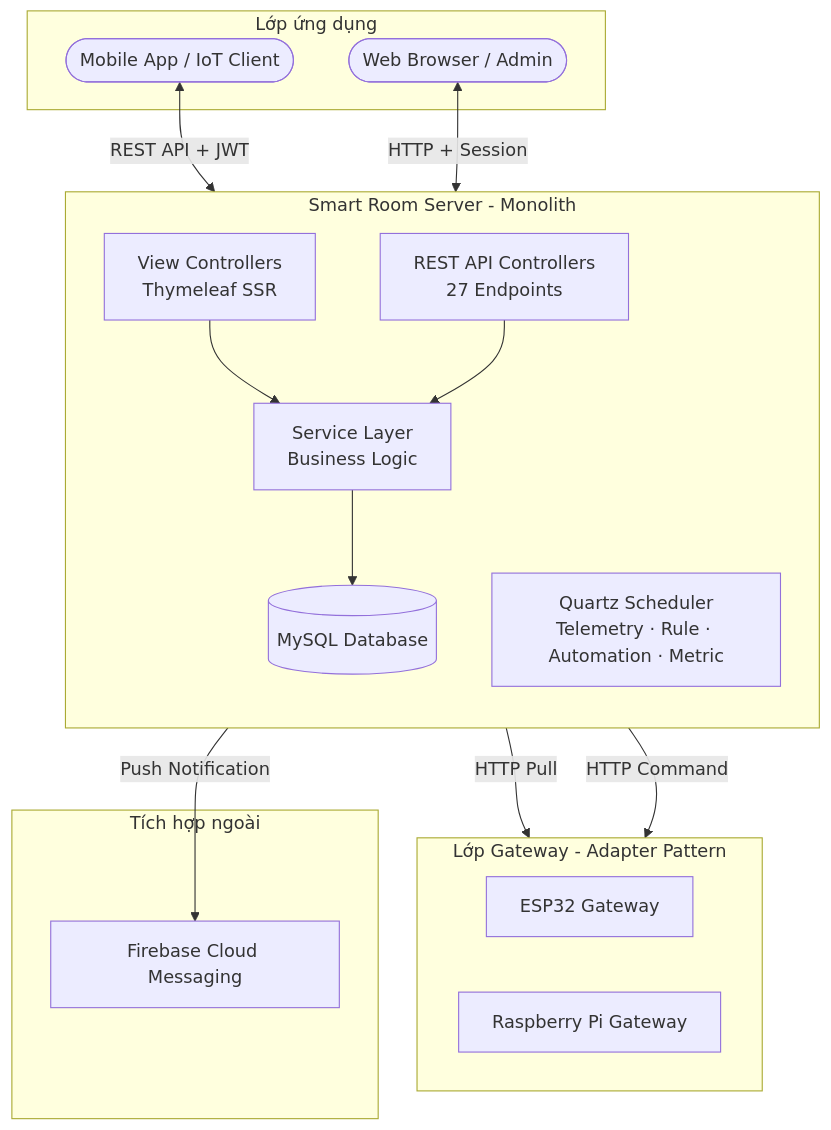
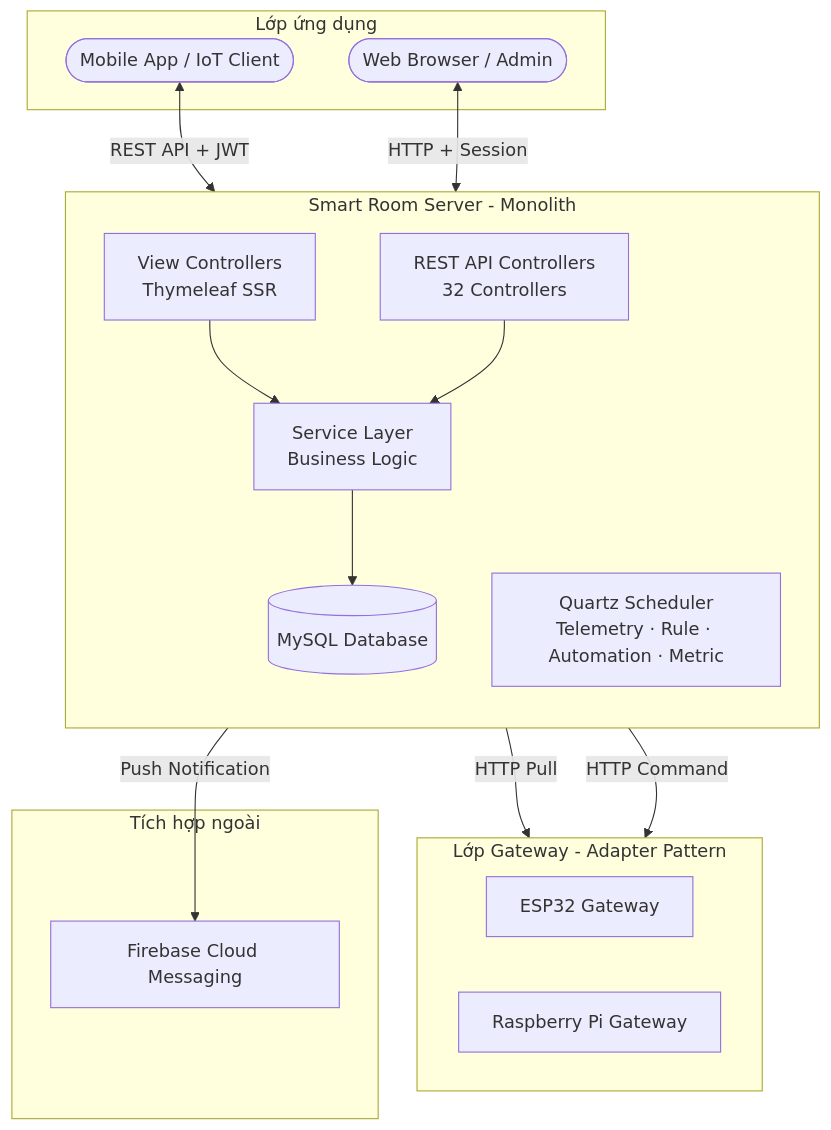
The diagram in README.md (MaiTheHao/smart-room-iot-server), drawn with Mermaid before and after one commit. The commit also changed other lines of this file and 4 other files, not shown here.

````diff
--- a/README.md
+++ b/README.md
@@ -41,33 +41,33 @@
 ```mermaid
 graph TD
     subgraph Clients [Lớp ứng dụng]
         Mobile([Mobile App / IoT Client])
         Web([Web Browser / Admin])
     end
 
     subgraph Server [Smart Room Server - Monolith]
         direction TB
         View[View Controllers<br/>Thymeleaf SSR]
-        API[REST API Controllers<br/>27 Endpoints]
+        API[REST API Controllers<br/>32 Controllers]
         Core[Service Layer<br/>Business Logic]
         Sch[Quartz Scheduler<br/>Telemetry · Rule · Automation · Metric]
         View --> Core
         API --> Core
         Core --> DAO[(MySQL Database)]
     end
 
     subgraph Gateway [Lớp Gateway - Adapter Pattern]
         ESP32[ESP32 Gateway]
         RPi[Raspberry Pi Gateway]
     end
 
     subgraph External [Tích hợp ngoài]
         FCM[Firebase Cloud Messaging]
     end
 
     Mobile <-->|REST API + JWT| API
     Web <-->|HTTP + Session| View
     Sch -->|HTTP Pull| Gateway
     Core -->|HTTP Command| Gateway
     Core -->|Push Notification| FCM
 ```
````
